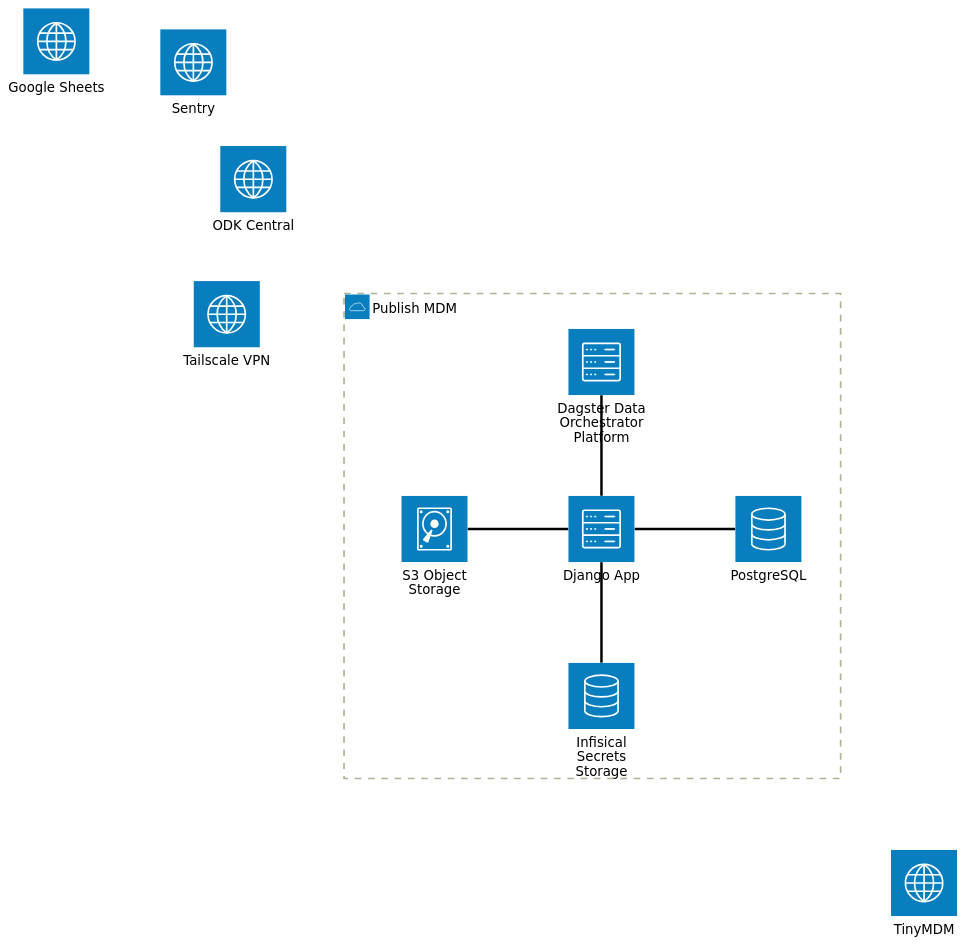
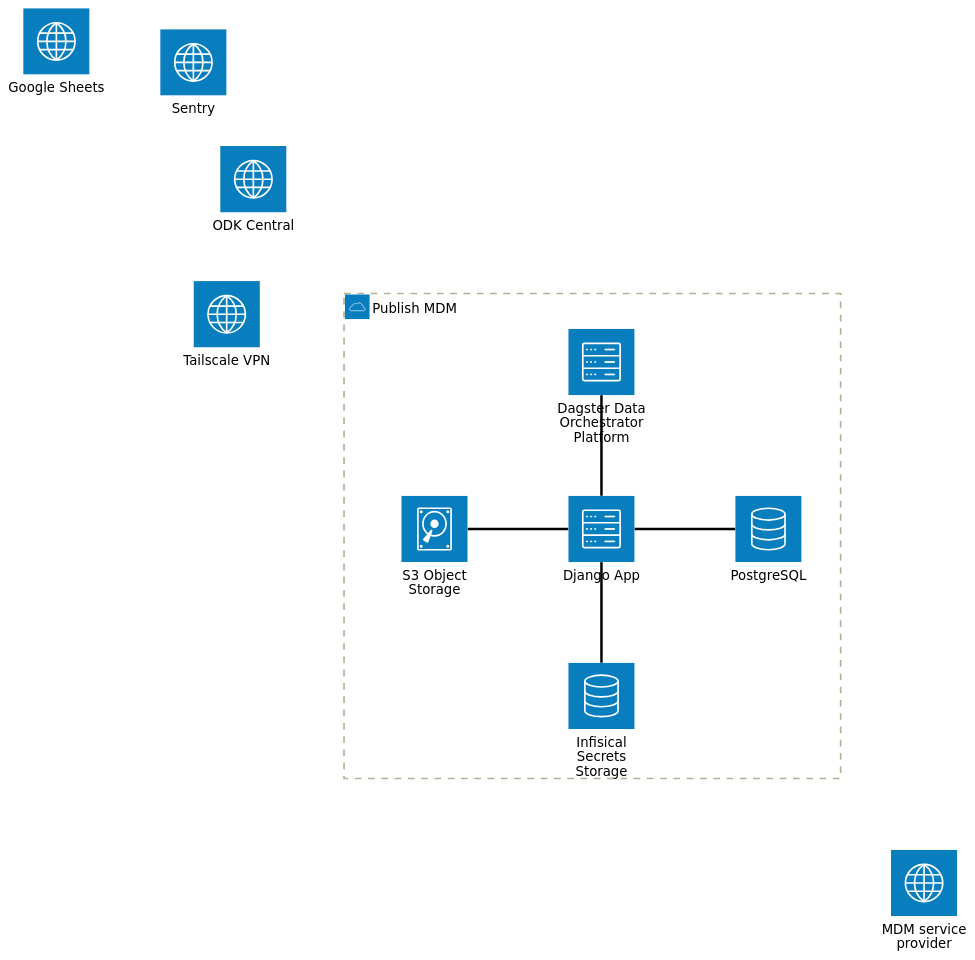
One commit to caktus/publish-mdm changed the diagram in docs/src/topics/infrastructure.rst. Above: the diagram before and after it, drawn with Mermaid (forest theme). The commit also changed other lines of this file and 45 other files, not shown here.

```diff
--- a/docs/src/topics/infrastructure.rst
+++ b/docs/src/topics/infrastructure.rst
@@ -11,21 +11,21 @@
 .. mermaid::
 
     architecture-beta
         group publishmdm(cloud)[Publish MDM]
 
         service db(database)[PostgreSQL] in publishmdm
         service storage(disk)[S3 Object Storage] in publishmdm
         service web(server)[Django App] in publishmdm
         service dagster(server)[Dagster Data Orchestrator Platform] in publishmdm
         service secrets(database)[Infisical Secrets Storage] in publishmdm
 
         web:R -- L:db
         web:L -- R:storage
         web:B -- T:secrets
         web:T -- B:dagster
 
-        service tinymdm(internet)[TinyMDM]
+        service mdm(internet)[MDM service provider]
         service tailscale(internet)[Tailscale VPN]
         service central(internet)[ODK Central]
         service sentry(internet)[Sentry]
         service google(internet)[Google Sheets]
```
